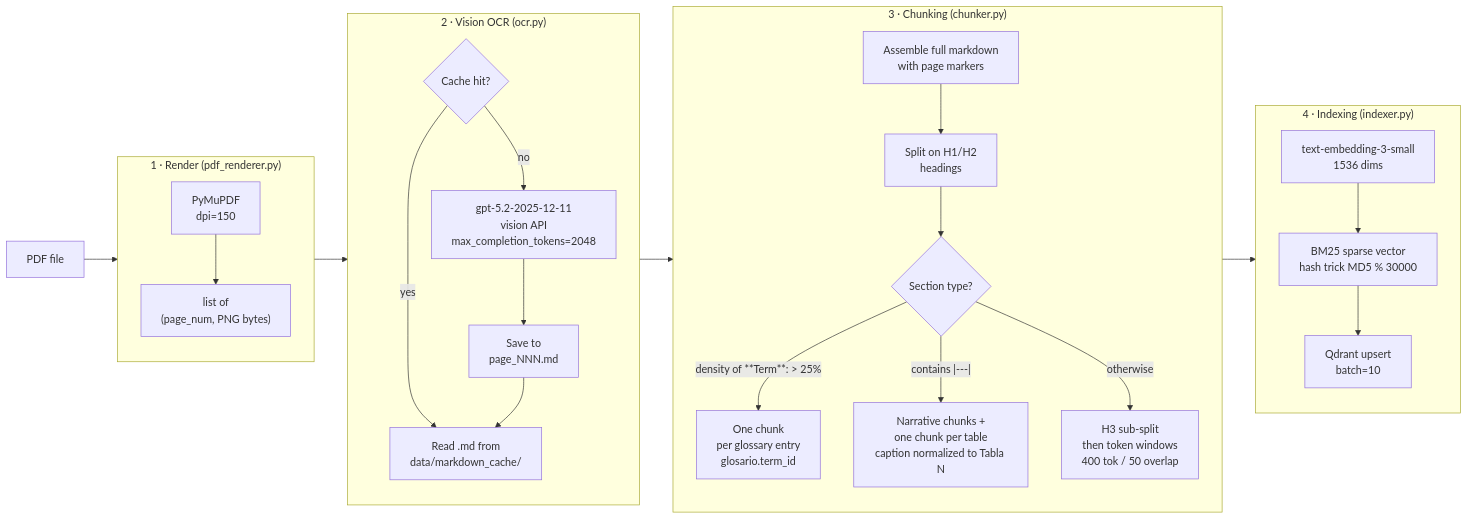
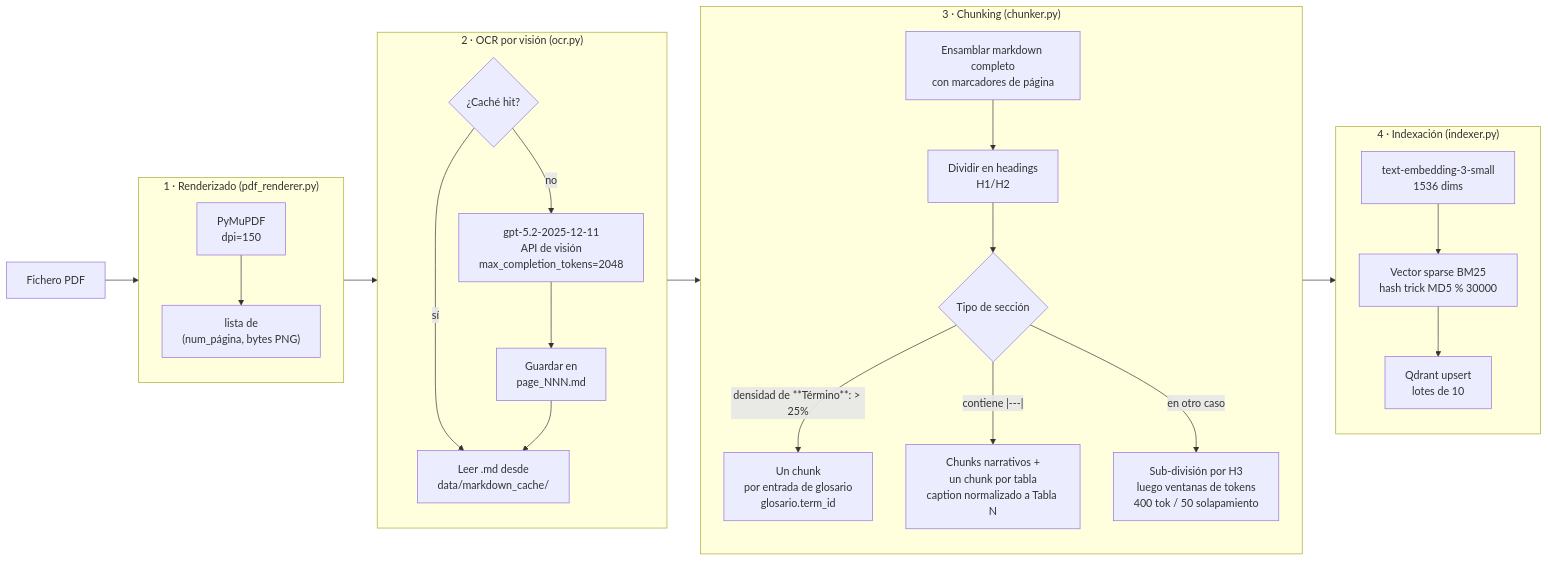
One commit to carreroguille-dev/cyber-rag changed the second of 7 diagrams in README.md. Above: the diagram before and after it, drawn with Mermaid. The commit also changed other lines of this file, not shown here.

````diff
--- a/README.md
+++ b/README.md
@@ -54,41 +54,41 @@
 ```mermaid
 flowchart LR
-    PDF[PDF file] --> A
+    PDF[Fichero PDF] --> A
 
-    subgraph A["1 · Render (pdf_renderer.py)"]
+    subgraph A["1 · Renderizado (pdf_renderer.py)"]
         direction TB
-        pymupdf[PyMuPDF\ndpi=150] --> pages["list of\n(page_num, PNG bytes)"]
+        pymupdf[PyMuPDF\ndpi=150] --> pages["lista de\n(num_página, bytes PNG)"]
     end
 
     A --> B
 
-    subgraph B["2 · Vision OCR (ocr.py)"]
+    subgraph B["2 · OCR por visión (ocr.py)"]
         direction TB
-        check{Cache hit?}
-        check -->|yes| md_disk["Read .md from\ndata/markdown_cache/"]
-        check -->|no| vision["gpt-5.2-2025-12-11\nvision API\nmax_completion_tokens=2048"]
-        vision --> save["Save to\npage_NNN.md"]
+        check{¿Caché hit?}
+        check -->|sí| md_disk["Leer .md desde\ndata/markdown_cache/"]
+        check -->|no| vision["gpt-5.2-2025-12-11\nAPI de visión\nmax_completion_tokens=2048"]
+        vision --> save["Guardar en\npage_NNN.md"]
         save --> md_disk
     end
 
     B --> C
 
     subgraph C["3 · Chunking (chunker.py)"]
         direction TB
-        assemble["Assemble full markdown\nwith page markers"] --> split
-        split["Split on H1/H2\nheadings"] --> detect
+        assemble["Ensamblar markdown completo\ncon marcadores de página"] --> split
+        split["Dividir en headings\nH1/H2"] --> detect
 
-        detect{Section type?}
-        detect -->|"density of **Term**: > 25%"| glos["One chunk\nper glossary entry\nglosario.term_id"]
-        detect -->|"contains |---|"| tables["Narrative chunks +\none chunk per table\ncaption normalized to Tabla N"]
-        detect -->|otherwise| narr["H3 sub-split\nthen token windows\n400 tok / 50 overlap"]
+        detect{Tipo de sección}
+        detect -->|"densidad de **Término**: > 25%"| glos["Un chunk\npor entrada de glosario\nglosario.term_id"]
+        detect -->|"contiene |---|"| tables["Chunks narrativos +\nun chunk por tabla\ncaption normalizado a Tabla N"]
+        detect -->|en otro caso| narr["Sub-división por H3\nluego ventanas de tokens\n400 tok / 50 solapamiento"]
     end
 
     C --> D
 
-    subgraph D["4 · Indexing (indexer.py)"]
+    subgraph D["4 · Indexación (indexer.py)"]
         direction TB
-        emb["text-embedding-3-small\n1536 dims"] --> sparse["BM25 sparse vector\nhash trick MD5 % 30000"]
-        sparse --> upsert["Qdrant upsert\nbatch=10"]
+        emb["text-embedding-3-small\n1536 dims"] --> sparse["Vector sparse BM25\nhash trick MD5 % 30000"]
+        sparse --> upsert["Qdrant upsert\nlotes de 10"]
     end
 ```
````
